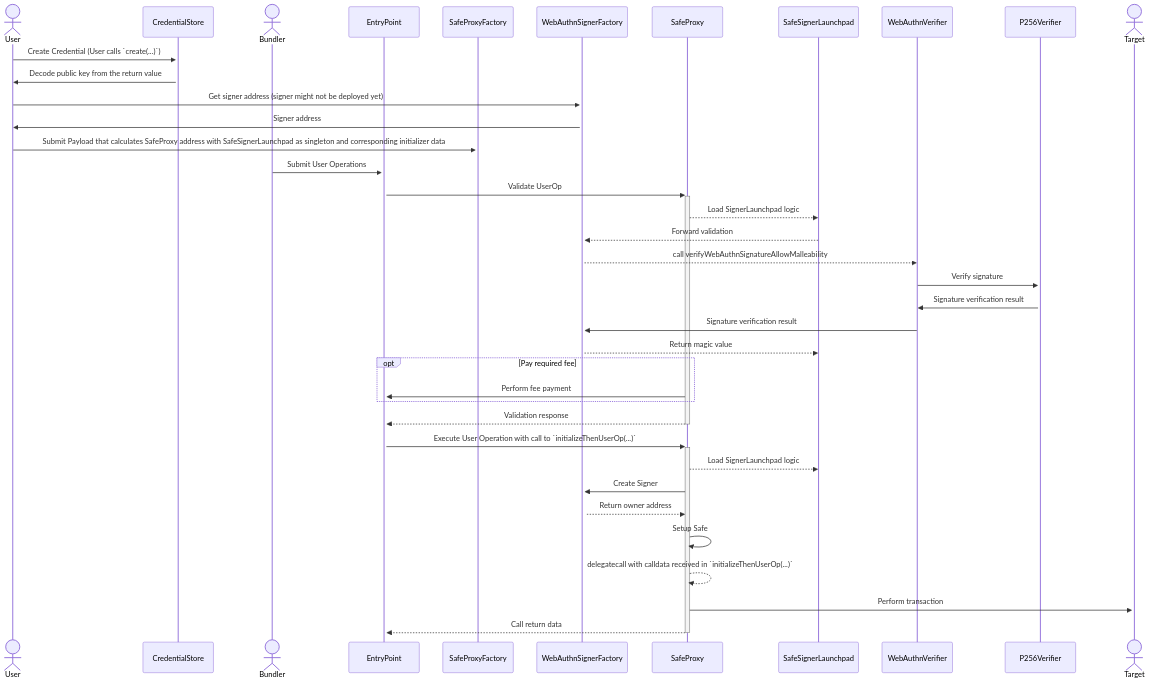
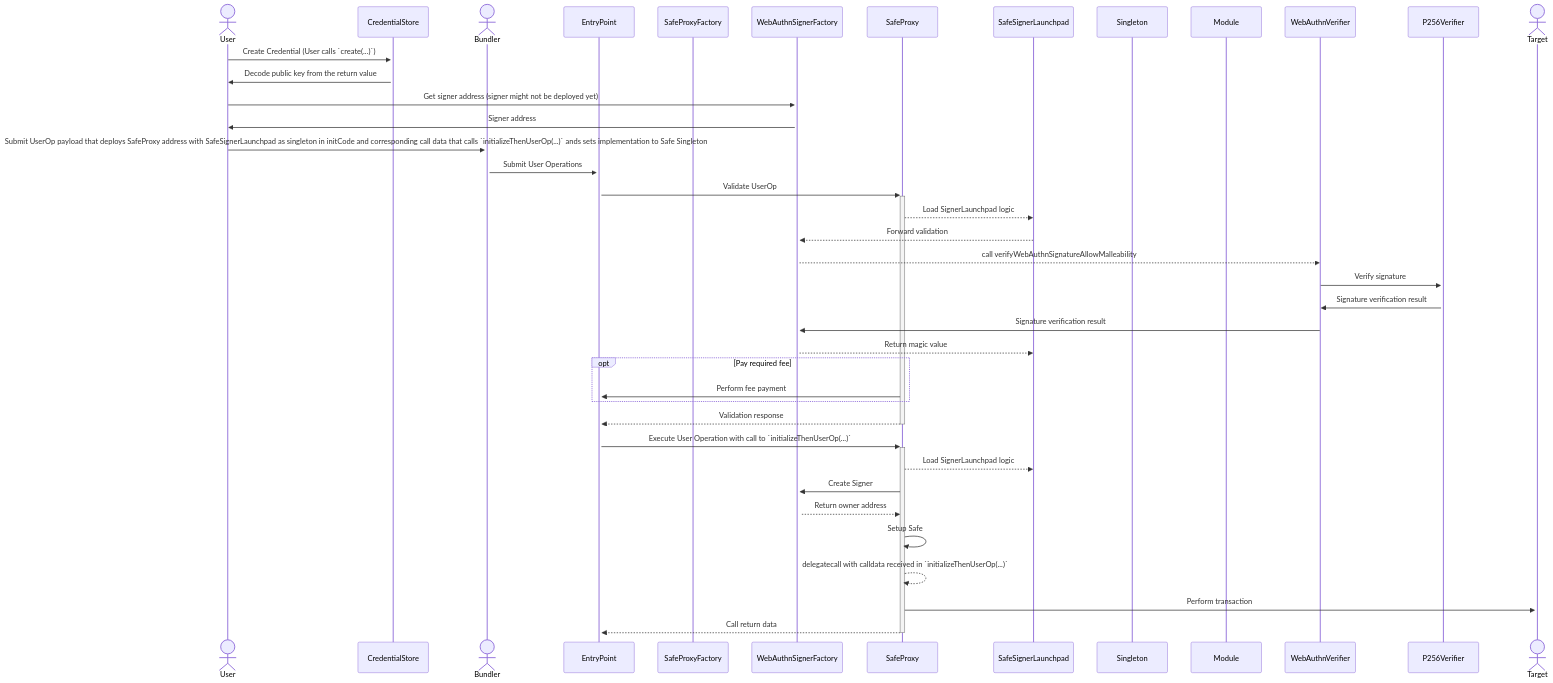
Before and after one commit to safe-global/safe-modules: the diagram in modules/passkey/README.md, drawn with Mermaid.

Commit message:
[293] Add module and singleton in sequence diagram

````diff
--- a/modules/passkey/README.md
+++ b/modules/passkey/README.md
@@ -7,43 +7,45 @@
 ```mermaid
 sequenceDiagram
 actor U as User
 participant CS as CredentialStore
 actor B as Bundler
 participant EP as EntryPoint
 participant SPF as SafeProxyFactory
 participant WASF as WebAuthnSignerFactory
 participant SP as SafeProxy
 participant SSL as SafeSignerLaunchpad
+participant S as Singleton
+participant M as Module
 participant WAV as WebAuthnVerifier
 participant PV as P256Verifier
 actor T as Target
 
 U->>+CS: Create Credential (User calls `create(...)`)
 CS->>U: Decode public key from the return value
 U->>+WASF: Get signer address (signer might not be deployed yet)
 WASF->>U: Signer address
-U->>+SPF: Submit Payload that calculates SafeProxy address with SafeSignerLaunchpad as singleton and corresponding initializer data
+U->>+B: Submit UserOp payload that deploys SafeProxy address with SafeSignerLaunchpad as singleton in initCode and corresponding call data that calls `initializeThenUserOp(...)` ands sets implementation to Safe Singleton
 
 B->>+EP: Submit User Operations
 EP->>+SP: Validate UserOp
 SP-->>SSL: Load SignerLaunchpad logic
 SSL-->>WASF: Forward validation
 WASF-->>WAV: call verifyWebAuthnSignatureAllowMalleability
 WAV->>+PV: Verify signature
 PV->>WAV: Signature verification result
 WAV->>WASF: Signature verification result
 WASF-->>SSL: Return magic value
     opt Pay required fee
         SP->>EP: Perform fee payment
     end
 SP-->>-EP: Validation response
 
 EP->>+SP: Execute User Operation with call to `initializeThenUserOp(...)`
 SP-->>SSL: Load SignerLaunchpad logic
 SP->>+WASF: Create Signer
 WASF-->>SP: Return owner address
 SP->>SP: Setup Safe
 SP-->>SP: delegatecall with calldata received in `initializeThenUserOp(...)`
 SP->>+T: Perform transaction
 SP-->>-EP: Call return data
 ```
````
